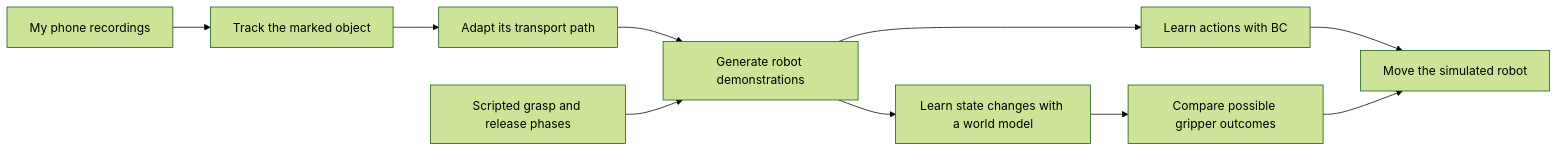
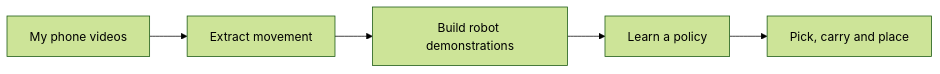
One commit to yiannisls/phone_to_robot_learning changed the diagram in README.md. Above: the diagram before and after it, drawn with Mermaid (forest theme). The commit also changed other lines of this file and 3 other files, not shown here.

````diff
--- a/README.md
+++ b/README.md
@@ -31,12 +51,7 @@
 ```mermaid
 flowchart LR
-    A[My phone recordings] --> B[Track the marked object]
-    B --> C[Adapt its transport path]
-    C --> D[Generate robot demonstrations]
-    S[Scripted grasp and release phases] --> D
-    D --> E[Learn actions with BC]
-    D --> F[Learn state changes with a world model]
-    E --> G[Move the simulated robot]
-    F --> H[Compare possible gripper outcomes]
-    H --> G
+    A[My phone videos] --> B[Extract movement]
+    B --> C[Build robot demonstrations]
+    C --> D[Learn a policy]
+    D --> E[Pick, carry and place]
 ```
````
